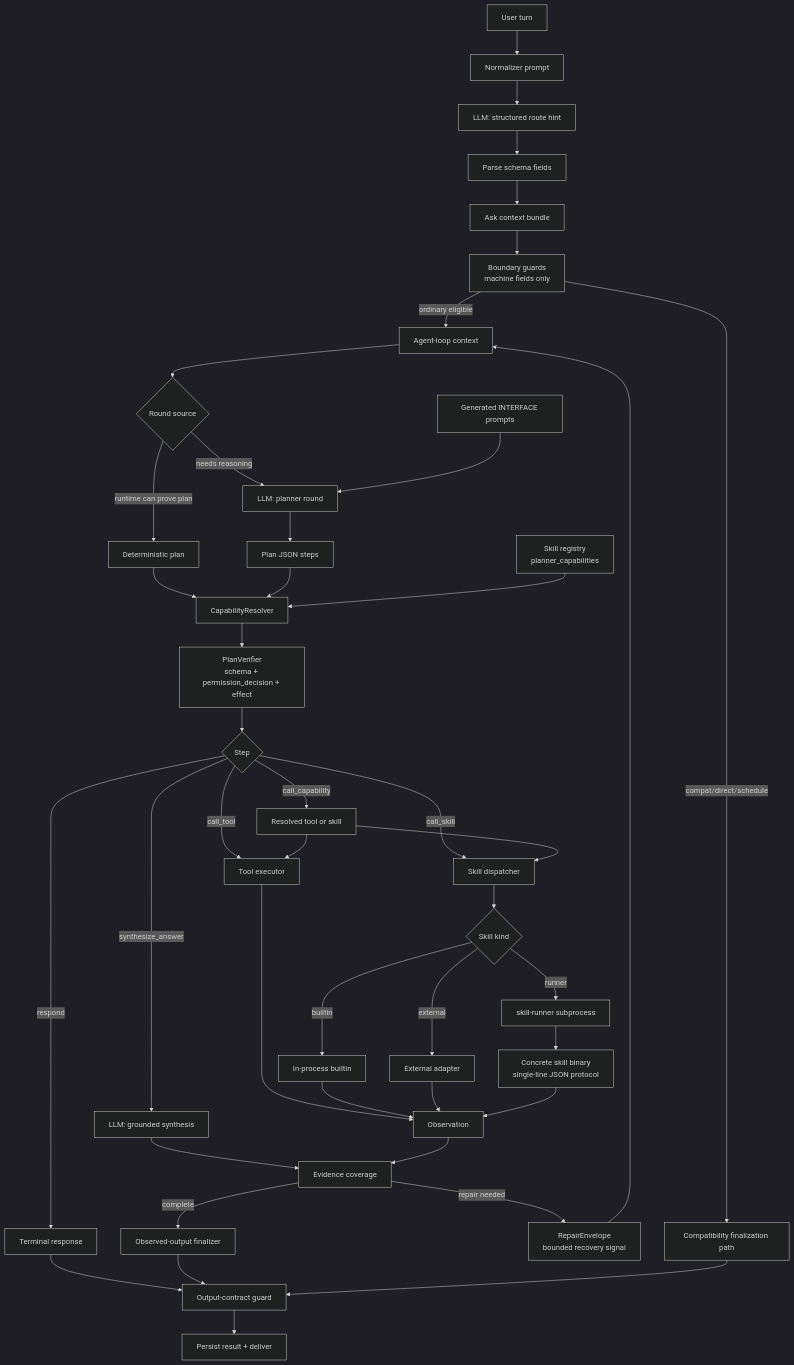
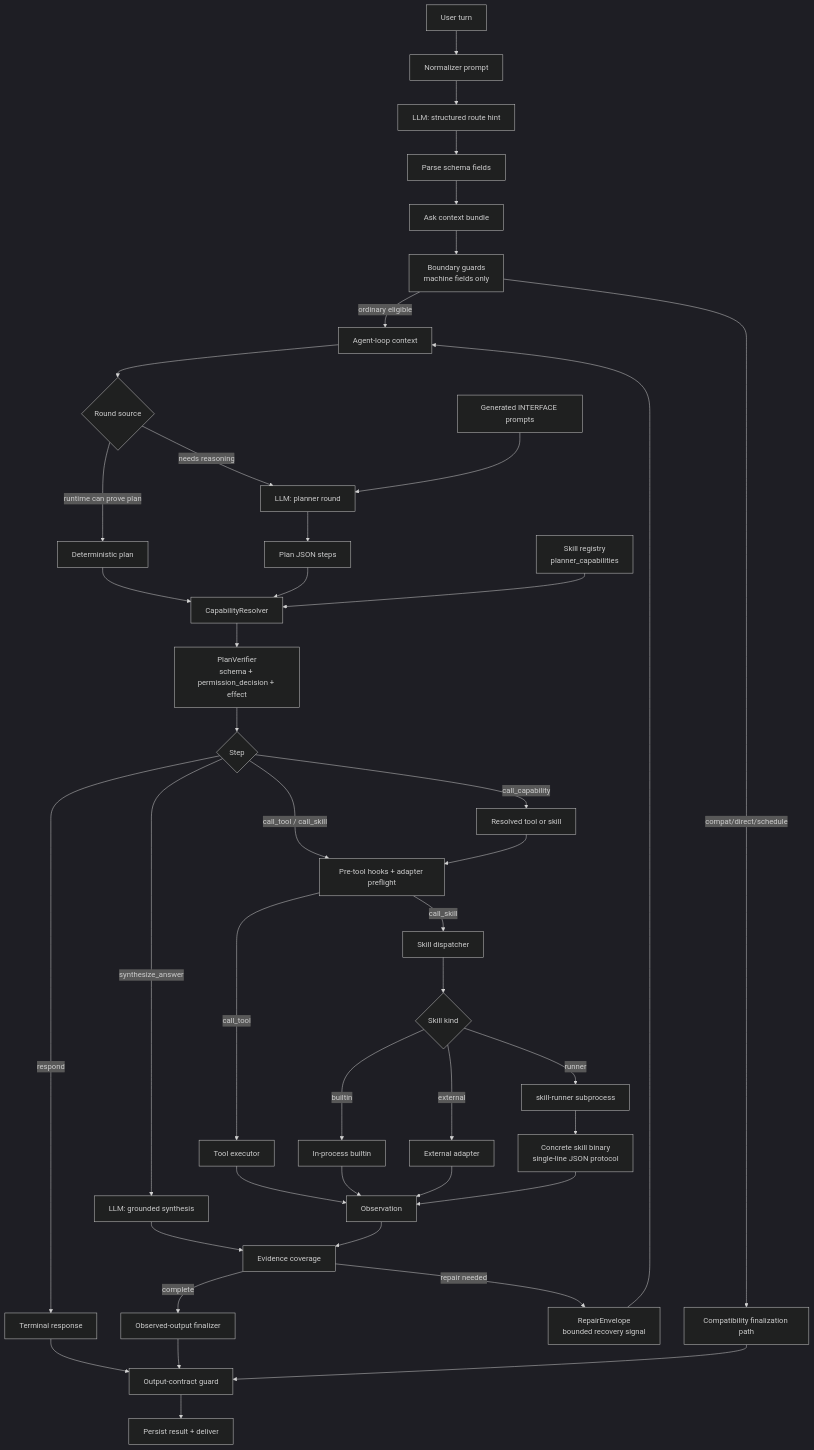
Before and after one commit to MatrixCoreX/RustClaw: the second of 3 diagrams in README.md, drawn with Mermaid (dark theme). The commit also changed other lines of this file, not shown here.

Commit message:
Update README execution flow

````diff
--- a/README.md
+++ b/README.md
@@ -88,45 +89,45 @@
 ```mermaid
 flowchart TD
     A[User turn] --> B[Normalizer prompt]
     B --> C[LLM: structured route hint]
     C --> D[Parse schema fields]
     D --> E[Ask context bundle]
     E --> F[Boundary guards<br/>machine fields only]
     F -->|ordinary eligible| G[Agent-loop context]
     F -->|compat/direct/schedule| H[Compatibility finalization path]
     G --> I{Round source}
     I -->|runtime can prove plan| J[Deterministic plan]
     I -->|needs reasoning| K[LLM: planner round]
     K --> L[Plan JSON steps]
     J --> M[CapabilityResolver]
     L --> M
     N[Skill registry<br/>planner_capabilities] --> M
     O[Generated INTERFACE prompts] --> K
     M --> P[PlanVerifier<br/>schema + permission_decision + effect]
     P --> Q{Step}
     Q -->|call_capability| R[Resolved tool or skill]
-    Q -->|call_tool| S[Tool executor]
-    Q -->|call_skill| T[Skill dispatcher]
-    R --> S
-    R --> T
+    Q -->|call_tool / call_skill| QA[Pre-tool hooks + adapter preflight]
+    R --> QA
+    QA -->|call_tool| S[Tool executor]
+    QA -->|call_skill| T[Skill dispatcher]
     T --> U{Skill kind}
     U -->|builtin| V[In-process builtin]
     U -->|external| W[External adapter]
     U -->|runner| X[skill-runner subprocess]
     X --> Y[Concrete skill binary<br/>single-line JSON protocol]
     S --> Z[Observation]
     V --> Z
     W --> Z
     Y --> Z
     Q -->|synthesize_answer| ZA[LLM: grounded synthesis]
     Q -->|respond| ZB[Terminal response]
     ZA --> ZC[Evidence coverage]
     Z --> ZC
     ZC -->|repair needed| ZR[RepairEnvelope<br/>bounded recovery signal]
     ZR --> G
     ZC -->|complete| ZD[Observed-output finalizer]
     ZB --> ZE[Output-contract guard]
     ZD --> ZE
     H --> ZE
     ZE --> ZF[Persist result + deliver]
 ```
````
